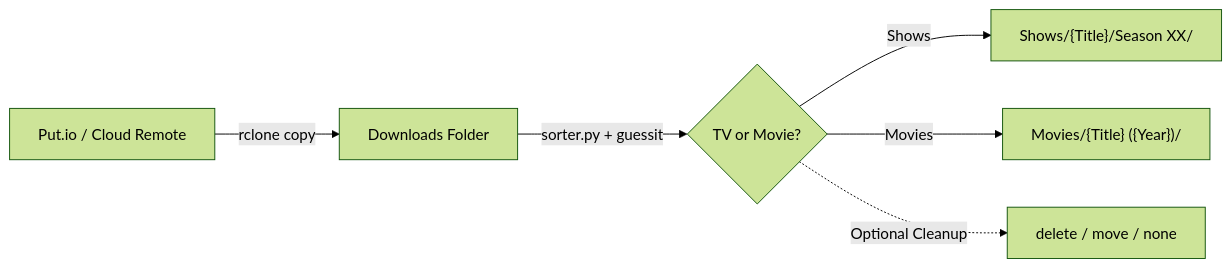
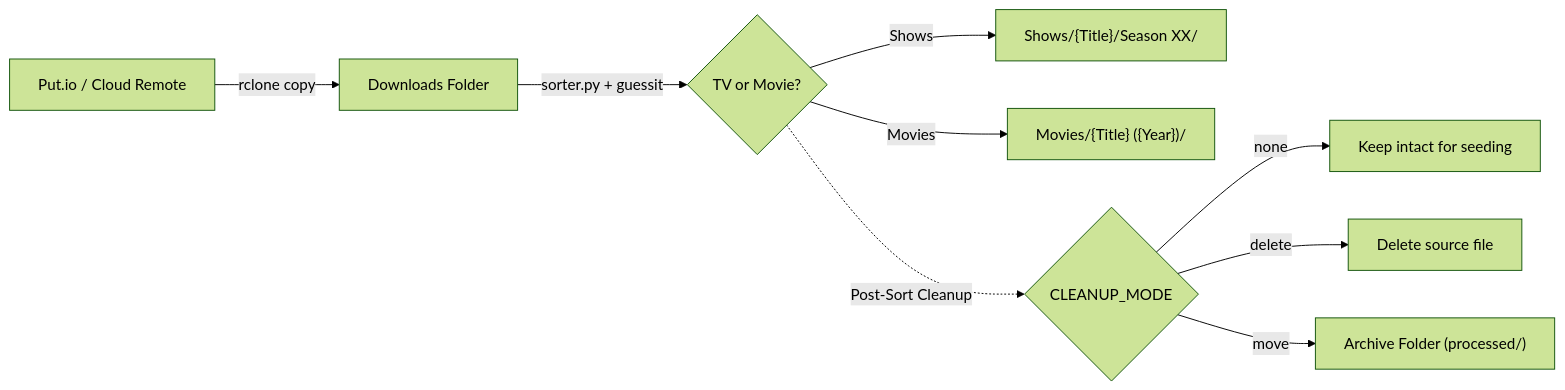
Before and after one commit to sircharlesxx/jellyfin-reel-sort: the diagram in README.md, drawn with Mermaid (forest theme). The commit also changed other lines of this file, not shown here.

Commit message:
Docs: Update documentation with configuration table and acknowledge Kyle (@kellerk563) for cleanup contributions

````diff
--- a/README.md
+++ b/README.md
@@ -11,8 +11,11 @@
 ```mermaid
 flowchart LR
     PutIO[Put.io / Cloud Remote] -->|rclone copy| Downloads[Downloads Folder]
     Downloads -->|sorter.py + guessit| Parser{TV or Movie?}
     Parser -->|Shows| TVDir["Shows/{Title}/Season XX/"]
     Parser -->|Movies| MovieDir["Movies/{Title} ({Year})/"]
-    Parser -.->|Optional Cleanup| Cleanup[delete / move / none]
+    Parser -.->|Post-Sort Cleanup| Cleanup{"CLEANUP_MODE"}
+    Cleanup -->|none| Seeding[Keep intact for seeding]
+    Cleanup -->|delete| Remove[Delete source file]
+    Cleanup -->|move| Archive["Archive Folder (processed/)"]
 ```
````
